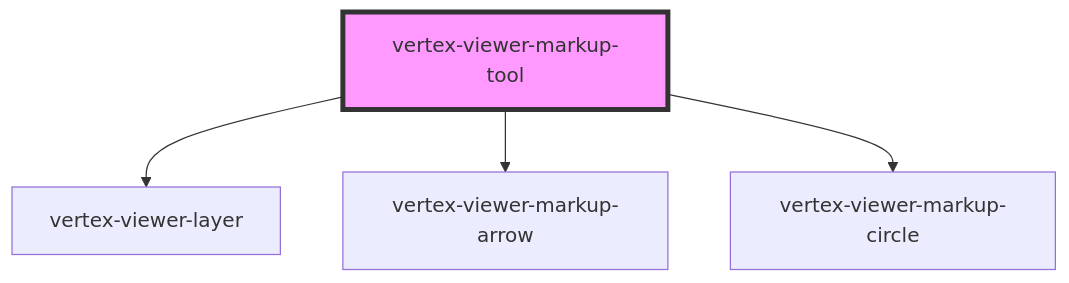
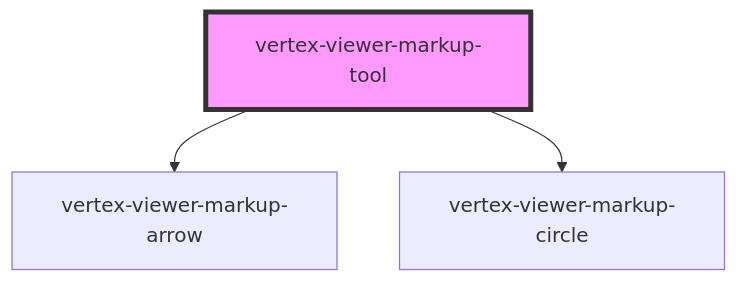
One commit to Vertexvis/vertex-web-sdk changed the diagram in packages/viewer/src/components/viewer-markup-tool/readme.md. Above: the diagram before and after it, drawn with Mermaid. The commit also changed other lines of this file and 3 other files, not shown here.

````diff
--- a/packages/viewer/src/components/viewer-markup-tool/readme.md
+++ b/packages/viewer/src/components/viewer-markup-tool/readme.md
@@ -38,7 +36,6 @@
 ```mermaid
 graph TD;
-  vertex-viewer-markup-tool --> vertex-viewer-layer
   vertex-viewer-markup-tool --> vertex-viewer-markup-arrow
   vertex-viewer-markup-tool --> vertex-viewer-markup-circle
   style vertex-viewer-markup-tool fill:#f9f,stroke:#333,stroke-width:4px
 ```
````
